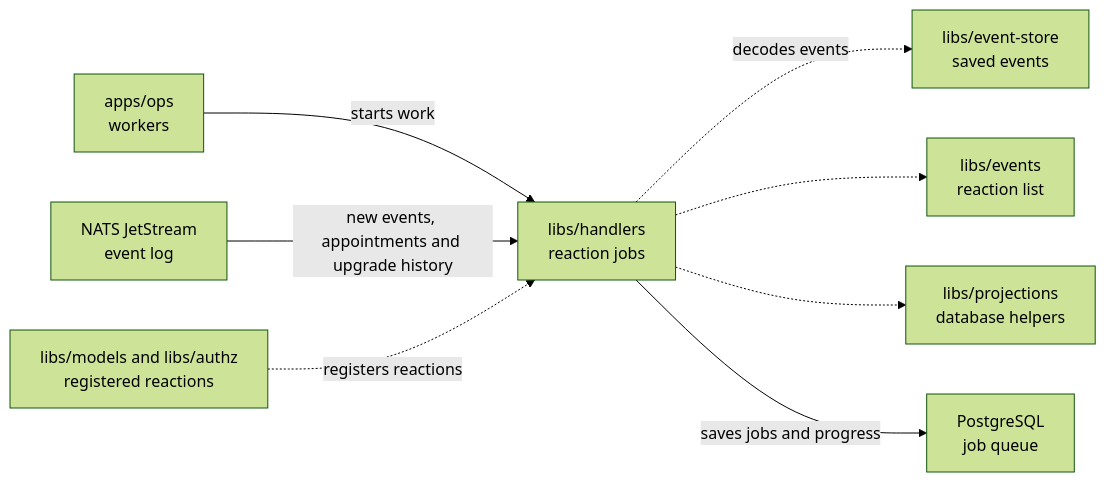
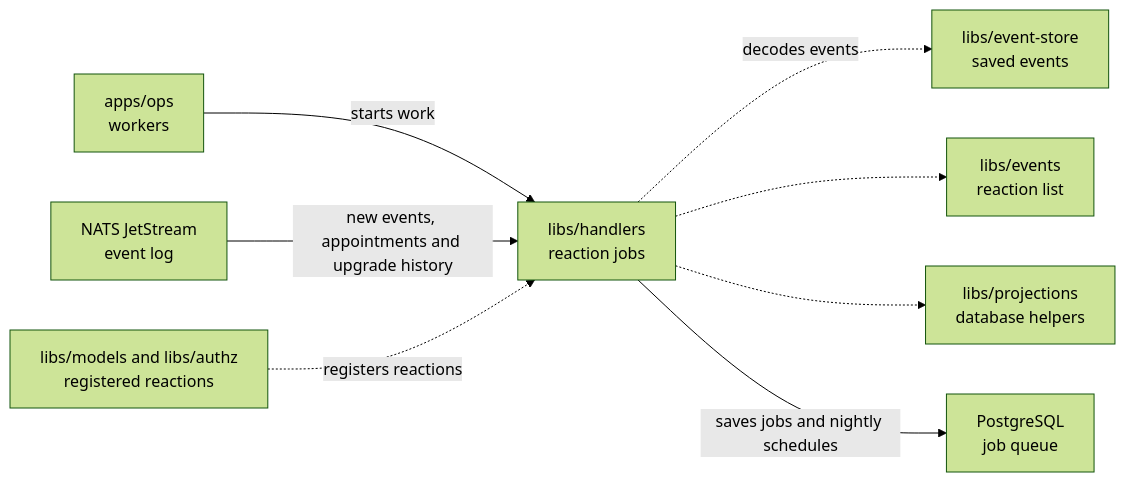
The diagram in libs/handlers/README.md (elewa-git/opencrane-new), drawn with Mermaid (forest theme) before and after one commit. The commit also changed other lines of this file and 26 other files, not shown here.

````diff
--- a/libs/handlers/README.md
+++ b/libs/handlers/README.md
@@ -28,10 +28,10 @@
 ```mermaid
 flowchart LR
   ops["apps/ops<br/>workers"] -->|starts work| handlers["libs/handlers<br/>reaction jobs"]
   nats["NATS JetStream<br/>event log"] -->|new events, appointments and upgrade history| handlers
   reactions["libs/models and libs/authz<br/>registered reactions"] -.->|registers reactions| handlers
   handlers -.->|decodes events| store["libs/event-store<br/>saved events"]
   handlers -.-> events["libs/events<br/>reaction list"]
   handlers -.-> projections["libs/projections<br/>database helpers"]
-  handlers -->|saves jobs and progress| pg["PostgreSQL<br/>job queue"]
+  handlers -->|saves jobs and nightly schedules| pg["PostgreSQL<br/>job queue"]
 ```
````
